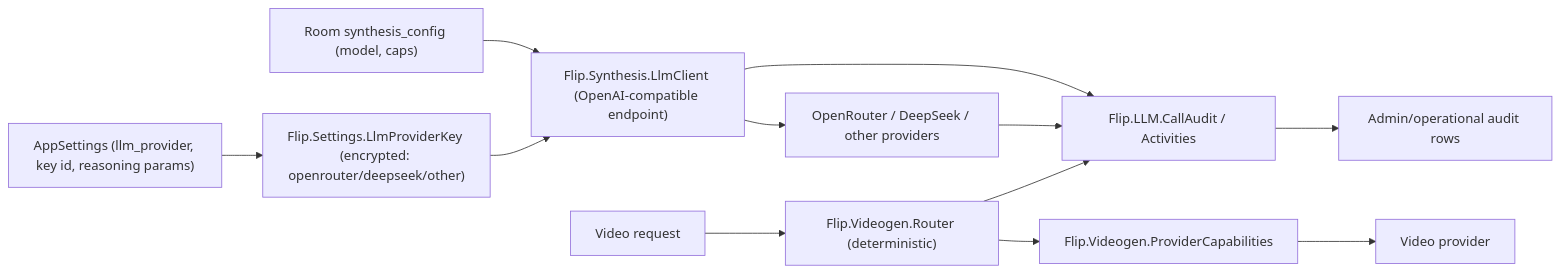
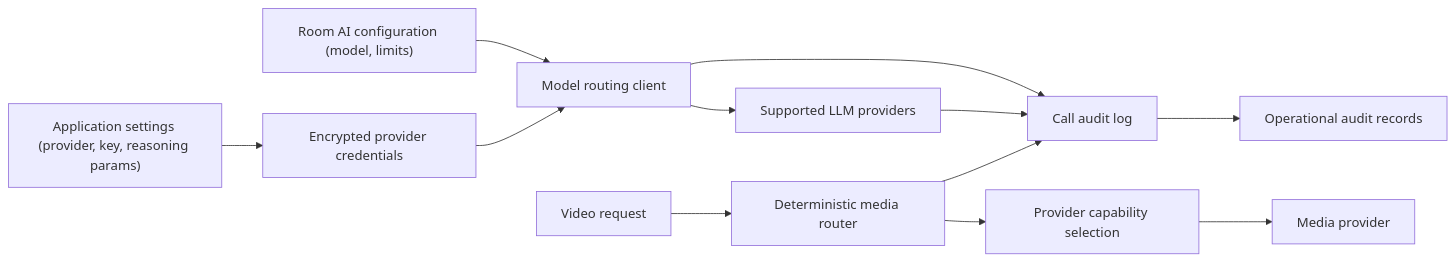
Before and after one commit to wahargis/portfolio: the diagram in flip-technical-overview/diagrams/model-routing-audit.mmd, drawn with Mermaid. The commit also changed 53 other files, not shown here.

Commit message:
Public-portfolio audit fixes: conceptual architecture pages, executive summaries, diagrams, and redactions

```diff
--- a/flip-technical-overview/diagrams/model-routing-audit.mmd
+++ b/flip-technical-overview/diagrams/model-routing-audit.mmd
@@ -1,12 +1,12 @@
 flowchart LR
-    APP["AppSettings (llm_provider, key id, reasoning params)"] --> KEYS["Flip.Settings.LlmProviderKey (encrypted: openrouter/deepseek/other)"]
-    ROOM["Room synthesis_config (model, caps)"] --> LLM["Flip.Synthesis.LlmClient (OpenAI-compatible endpoint)"]
+    APP["Application settings (provider, key, reasoning params)"] --> KEYS["Encrypted provider credentials"]
+    ROOM["Room AI configuration (model, limits)"] --> LLM["Model routing client"]
     KEYS --> LLM
-    LLM --> P["OpenRouter / DeepSeek / other providers"]
-    VIDEO["Video request"] --> VROUTER["Flip.Videogen.Router (deterministic)"]
-    VROUTER --> VCAPS["Flip.Videogen.ProviderCapabilities"]
-    VCAPS --> VPROV["Video provider"]
-    LLM --> AUDIT["Flip.LLM.CallAudit / Activities"]
+    LLM --> P["Supported LLM providers"]
+    VIDEO["Video request"] --> VROUTER["Deterministic media router"]
+    VROUTER --> VCAPS["Provider capability selection"]
+    VCAPS --> VPROV["Media provider"]
+    LLM --> AUDIT["Call audit log"]
     P --> AUDIT
     VROUTER --> AUDIT
-    AUDIT --> OPS["Admin/operational audit rows"]
+    AUDIT --> OPS["Operational audit records"]
```
